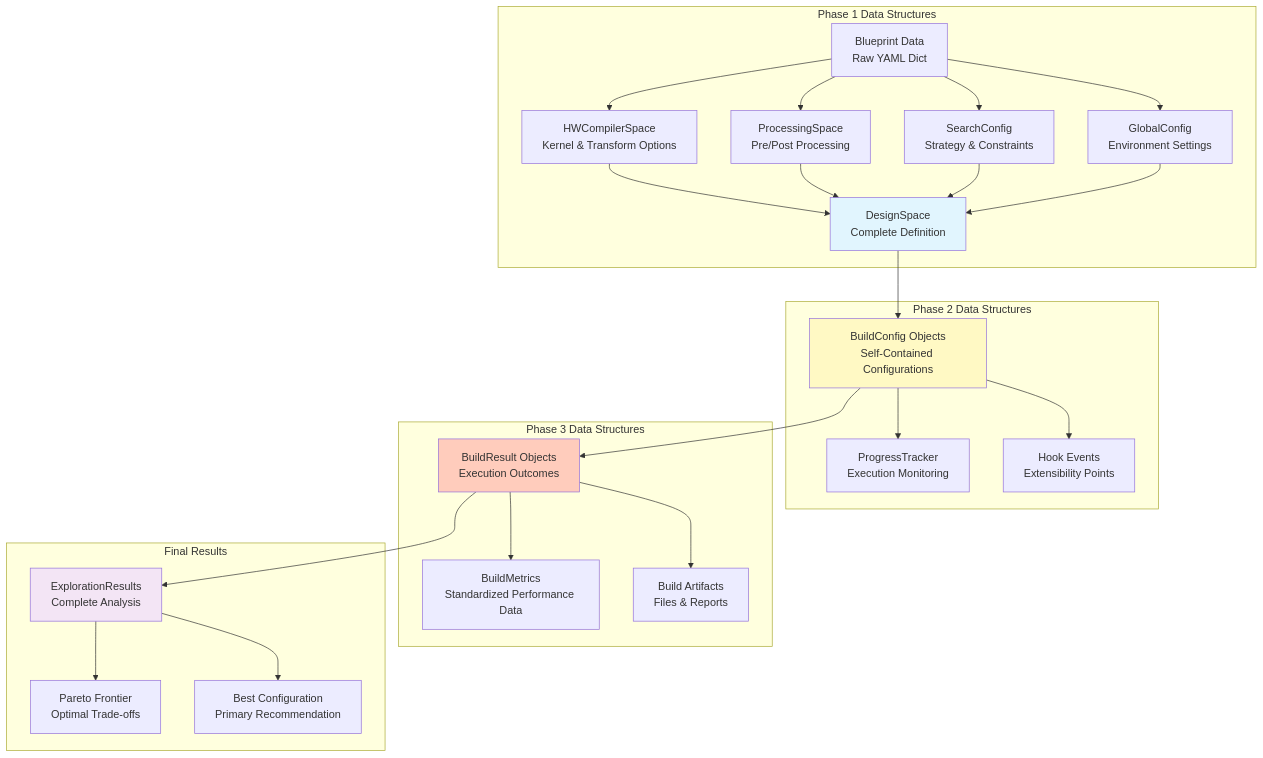
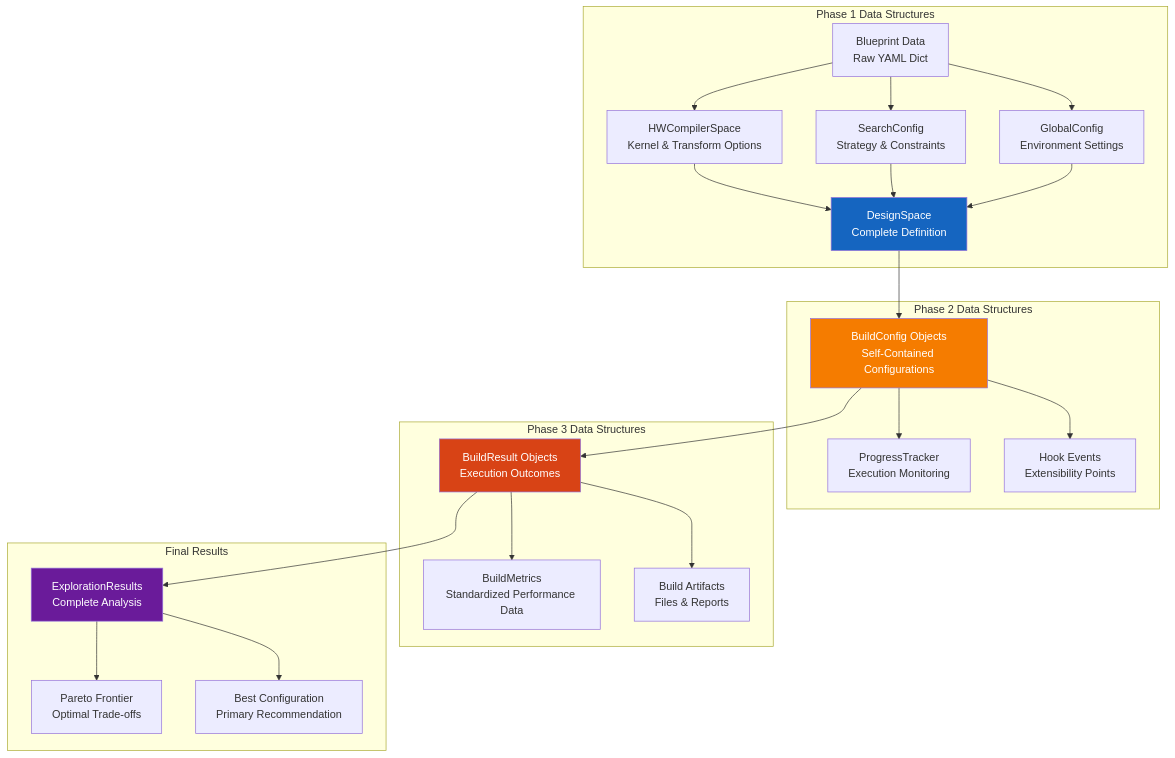
Before and after one commit to microsoft/Brainsmith: the fourth of 14 diagrams in brainsmith/core/ARCHITECTURE.md, drawn with Mermaid. The commit also changed other lines of this file and 40 other files, not shown here.

````diff
--- a/brainsmith/core/ARCHITECTURE.md
+++ b/brainsmith/core/ARCHITECTURE.md
@@ -246,54 +246,51 @@
 ```mermaid
 flowchart TB
     subgraph "Phase 1 Data Structures"
         BP_DATA[Blueprint Data<br/>Raw YAML Dict]
         HW_SPACE[HWCompilerSpace<br/>Kernel & Transform Options]
-        PROC_SPACE[ProcessingSpace<br/>Pre/Post Processing]
         SEARCH_CFG[SearchConfig<br/>Strategy & Constraints]
         GLOBAL_CFG[GlobalConfig<br/>Environment Settings]
         DS_FINAL[DesignSpace<br/>Complete Definition]
     end
     
     subgraph "Phase 2 Data Structures"
         BUILD_CONFIGS[BuildConfig Objects<br/>Self-Contained Configurations]
         PROGRESS[ProgressTracker<br/>Execution Monitoring]
         HOOKS[Hook Events<br/>Extensibility Points]
     end
     
     subgraph "Phase 3 Data Structures"
         BUILD_RESULTS[BuildResult Objects<br/>Execution Outcomes]
         BUILD_METRICS[BuildMetrics<br/>Standardized Performance Data]
         ARTIFACTS[Build Artifacts<br/>Files & Reports]
     end
     
     subgraph "Final Results"
         EXPLORATION[ExplorationResults<br/>Complete Analysis]
         PARETO[Pareto Frontier<br/>Optimal Trade-offs]
         BEST[Best Configuration<br/>Primary Recommendation]
     end
     
     BP_DATA --> HW_SPACE
-    BP_DATA --> PROC_SPACE
     BP_DATA --> SEARCH_CFG
     BP_DATA --> GLOBAL_CFG
     HW_SPACE --> DS_FINAL
-    PROC_SPACE --> DS_FINAL
     SEARCH_CFG --> DS_FINAL
     GLOBAL_CFG --> DS_FINAL
     
     DS_FINAL --> BUILD_CONFIGS
     BUILD_CONFIGS --> PROGRESS
     BUILD_CONFIGS --> HOOKS
     BUILD_CONFIGS --> BUILD_RESULTS
     BUILD_RESULTS --> BUILD_METRICS
     BUILD_RESULTS --> ARTIFACTS
     
     BUILD_RESULTS --> EXPLORATION
     EXPLORATION --> PARETO
     EXPLORATION --> BEST
     
-    style DS_FINAL fill:#e1f5fe
-    style BUILD_CONFIGS fill:#fff9c4
-    style BUILD_RESULTS fill:#ffccbc
-    style EXPLORATION fill:#f3e5f5
+    style DS_FINAL fill:#1565c0,color:#fff
+    style BUILD_CONFIGS fill:#f57c00,color:#fff
+    style BUILD_RESULTS fill:#d84315,color:#fff
+    style EXPLORATION fill:#6a1b9a,color:#fff
 ```
````
